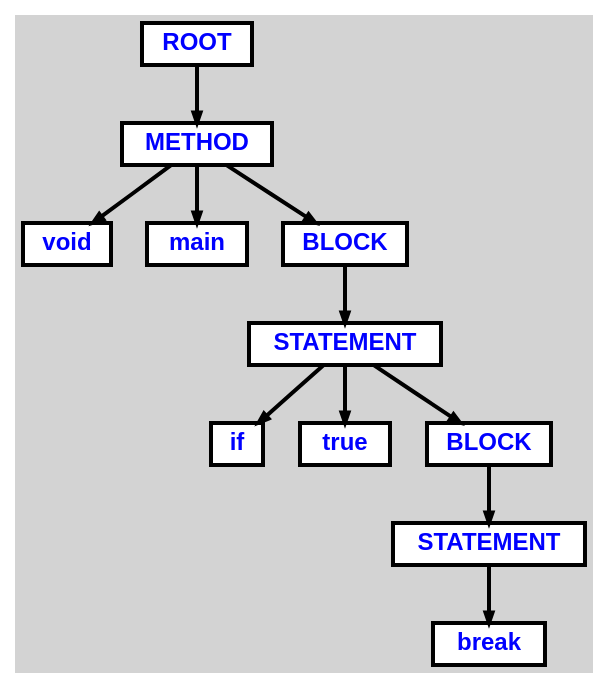
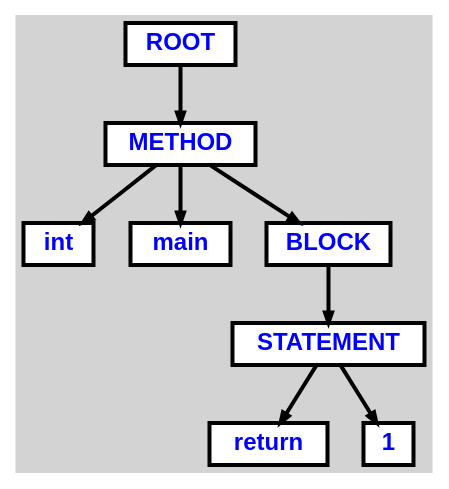
Before and after one commit to g3org3/Compiler: the diagram in filename2.dot, drawn with Graphviz. The commit also changed 11 other files, not shown here.

```diff
--- a/filename2.dot
+++ b/filename2.dot
@@ -1,37 +1,29 @@
 digraph {
 
 	ordering=out;
 	ranksep=.4;
 	bgcolor="lightgrey"; node [shape=box, fixedsize=false, fontsize=12, fontname="Helvetica-bold", fontcolor="blue"
 		width=.25, height=.25, color="black", fillcolor="white", style="filled, solid, bold"];
 	edge [arrowsize=.5, color="black", style="bold"]
 
   n0 [label="ROOT"];
   n1 [label="METHOD"];
   n1 [label="METHOD"];
-  n2 [label="void"];
+  n2 [label="int"];
   n3 [label="main"];
   n4 [label="BLOCK"];
   n4 [label="BLOCK"];
   n5 [label="STATEMENT"];
   n5 [label="STATEMENT"];
-  n6 [label="if"];
-  n7 [label="true"];
-  n8 [label="BLOCK"];
-  n8 [label="BLOCK"];
-  n9 [label="STATEMENT"];
-  n9 [label="STATEMENT"];
-  n10 [label="break"];
+  n6 [label="return"];
+  n7 [label="1"];
 
   n0 -> n1 // "ROOT" -> "METHOD"
-  n1 -> n2 // "METHOD" -> "void"
+  n1 -> n2 // "METHOD" -> "int"
   n1 -> n3 // "METHOD" -> "main"
   n1 -> n4 // "METHOD" -> "BLOCK"
   n4 -> n5 // "BLOCK" -> "STATEMENT"
-  n5 -> n6 // "STATEMENT" -> "if"
-  n5 -> n7 // "STATEMENT" -> "true"
-  n5 -> n8 // "STATEMENT" -> "BLOCK"
-  n8 -> n9 // "BLOCK" -> "STATEMENT"
-  n9 -> n10 // "STATEMENT" -> "break"
+  n5 -> n6 // "STATEMENT" -> "return"
+  n5 -> n7 // "STATEMENT" -> "1"
 
 }
```
